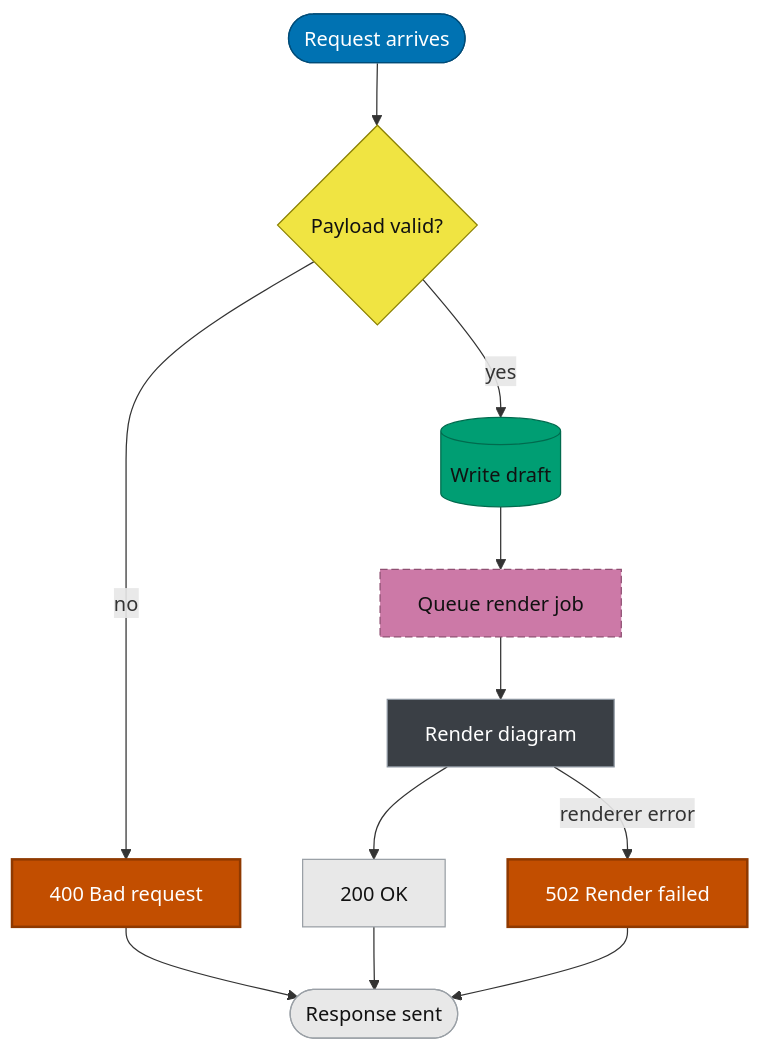
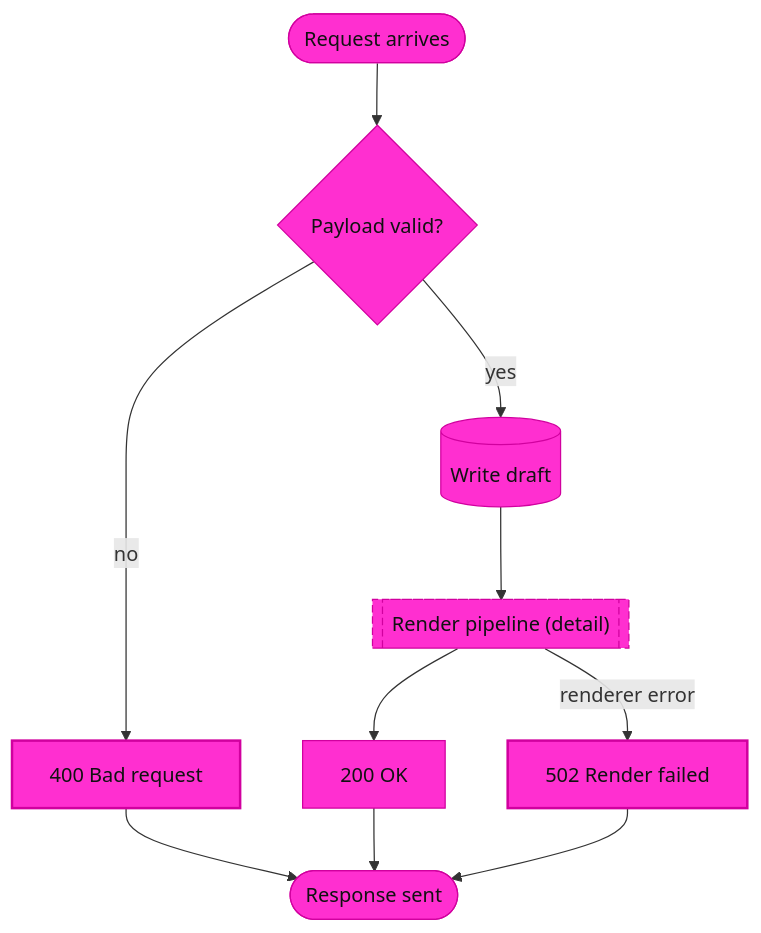
The diagram in graphs/01-example-flow.mmd (kaerberus/siren-studio), drawn with Mermaid before and after one commit. The commit also changed 18 other files, not shown here.

```diff
--- a/graphs/01-example-flow.mmd
+++ b/graphs/01-example-flow.mmd
@@ -1,20 +1,22 @@
 flowchart TD
     Start([Request arrives]):::start --> Valid{Payload valid?}:::decision
     Valid -->|no| Reject[400 Bad request]:::error
     Valid -->|yes| Persist[(Write draft)]:::data
-    Persist --> Worker[Queue render job]:::async
-    Worker --> Render[Render diagram]:::process
-    Render --> Ok[200 OK]:::terminal
-    Render -->|renderer error| Fail[502 Render failed]:::error
+    Persist --> RenderPipeline[["Render pipeline (detail)"]]:::async
+    RenderPipeline --> Ok[200 OK]:::terminal
+    RenderPipeline -->|renderer error| Fail[502 Render failed]:::error
     Reject --> End([Response sent]):::terminal
     Ok --> End
     Fail --> End
 
-    %% Palette: Okabe–Ito (CVD-safe), differentiated by lightness as well as hue.
-    classDef start fill:#0072b2,stroke:#004c78,color:#ffffff
-    classDef decision fill:#f0e442,stroke:#8a8000,color:#111111
-    classDef error fill:#c24e00,stroke:#8f3900,stroke-width:2px,color:#ffffff
-    classDef data fill:#009e73,stroke:#006b4e,color:#111111
-    classDef async fill:#cc79a7,stroke:#8f4f72,stroke-dasharray:6 3,color:#111111
-    classDef process fill:#3a3f45,stroke:#8b949e,color:#ffffff
-    classDef terminal fill:#e8e8e8,stroke:#9aa0a6,color:#111111
+    click RenderPipeline "02-render-pipeline.mmd" "Open the render pipeline detail"
+
+    %% Palette: TEST OVERRIDE — every class is neon pink, so class carries no meaning here.
+    %% The seven class names are kept only so the override is a one-block revert.
+    classDef start fill:#ff2fd0,stroke:#d1009f,color:#111111
+    classDef decision fill:#ff2fd0,stroke:#d1009f,color:#111111
+    classDef error fill:#ff2fd0,stroke:#d1009f,stroke-width:2px,color:#111111
+    classDef data fill:#ff2fd0,stroke:#d1009f,color:#111111
+    classDef async fill:#ff2fd0,stroke:#d1009f,stroke-dasharray:6 3,color:#111111
+    classDef process fill:#ff2fd0,stroke:#d1009f,color:#111111
+    classDef terminal fill:#ff2fd0,stroke:#d1009f,color:#111111
```
